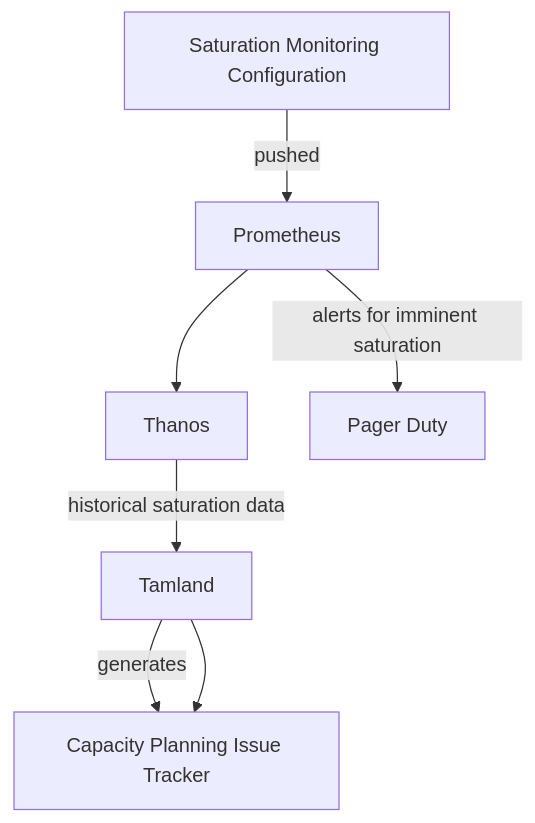
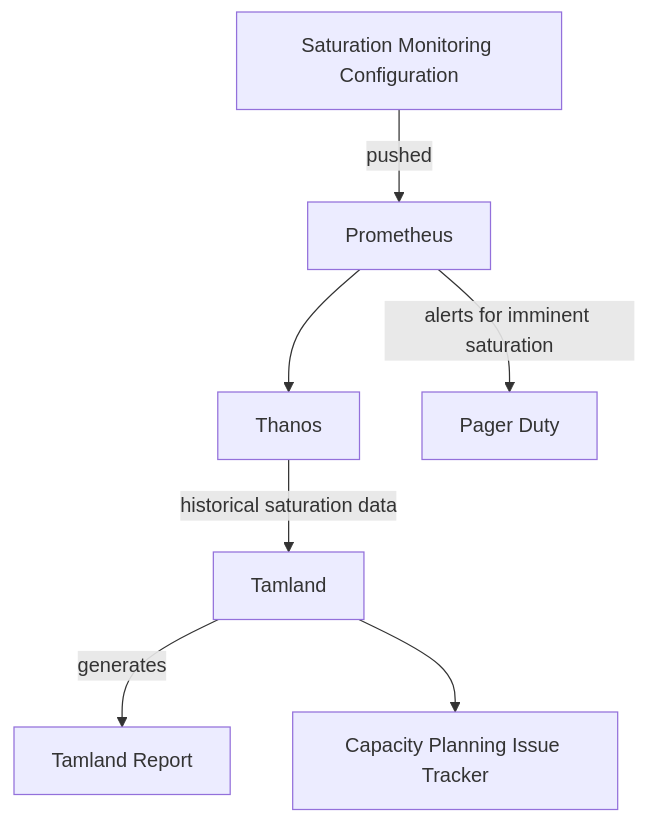
The diagram in infrastructure/capacity-planning/index.html.md (secretstartups/handbook), drawn with Mermaid before and after one commit. The commit also changed other lines of this file, not shown here.

Commit message:
Update capacity planning process

````diff
--- a/infrastructure/capacity-planning/index.html.md
+++ b/infrastructure/capacity-planning/index.html.md
@@ -25,9 +25,9 @@
 ```mermaid
 graph TD
     A[Saturation Monitoring Configuration] -->|pushed| B[Prometheus]
     B --> C[Thanos]
     B --> |alerts for imminent saturation|D[Pager Duty]
     C --> |historical saturation data|E[Tamland]
     E --> |generates|F[Tamland Report]
-    E --> F[Capacity Planning Issue Tracker]
+    E --> G[Capacity Planning Issue Tracker]
 ```
````
